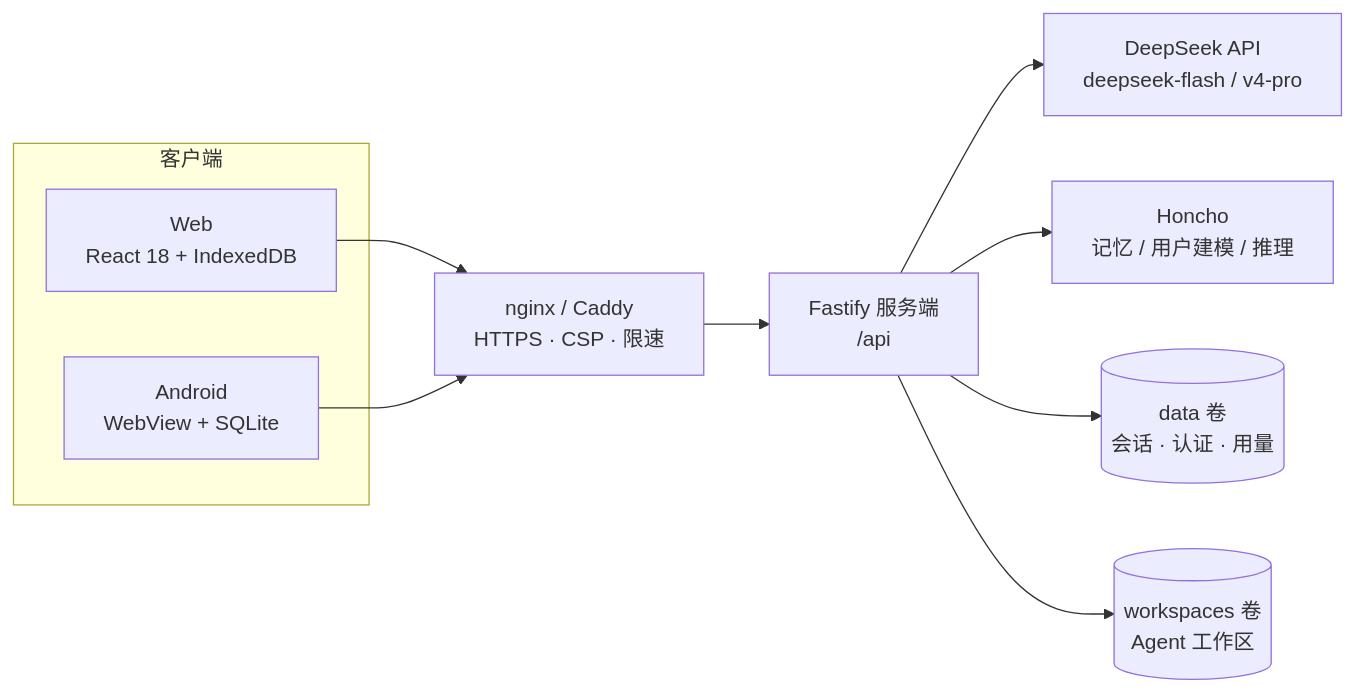
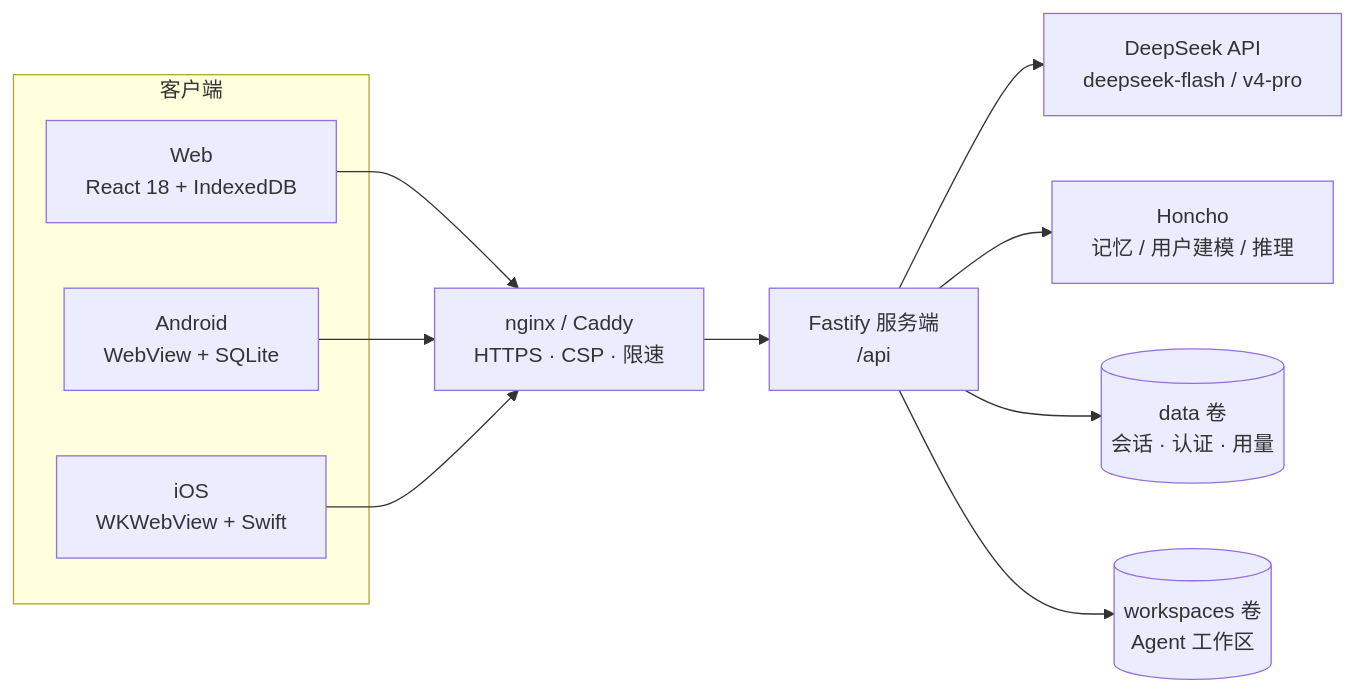
One commit to TTStick/deepseek-api-ui changed the second of 4 diagrams in README.md. Above: the diagram before and after it, drawn with Mermaid. The commit also changed other lines of this file and 4 other files, not shown here.

````diff
--- a/README.md
+++ b/README.md
@@ -141,22 +201,24 @@
 ```mermaid
 flowchart LR
   subgraph Clients["客户端"]
     Web["Web<br/>React 18 + IndexedDB"]
     Android["Android<br/>WebView + SQLite"]
+    IOS["iOS<br/>WKWebView + Swift"]
   end
 
   Proxy["nginx / Caddy<br/>HTTPS · CSP · 限速"]
   Server["Fastify 服务端<br/>/api"]
   DS["DeepSeek API<br/>deepseek-flash / v4-pro"]
   Honcho["Honcho<br/>记忆 / 用户建模 / 推理"]
   Data[("data 卷<br/>会话 · 认证 · 用量")]
   Workspaces[("workspaces 卷<br/>Agent 工作区")]
 
   Web --> Proxy
   Android --> Proxy
+  IOS --> Proxy
   Proxy --> Server
   Server --> DS
   Server --> Honcho
   Server --> Data
   Server --> Workspaces
 ```
````
